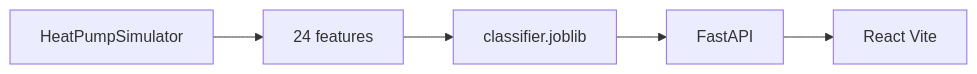
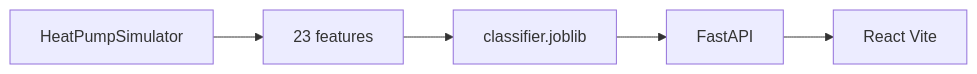
Before and after one commit to Adnandbss/heat-pump-fdd: the diagram in README.md, drawn with Mermaid. The commit also changed other lines of this file and 23 other files, not shown here.

````diff
--- a/README.md
+++ b/README.md
@@ -46,10 +46,10 @@
 ```mermaid
 flowchart LR
     sim[HeatPumpSimulator]
-    feat[24 features]
+    feat[23 features]
     model[classifier.joblib]
     api[FastAPI]
     web[React Vite]
 
     sim --> feat --> model --> api --> web
 ```
````
